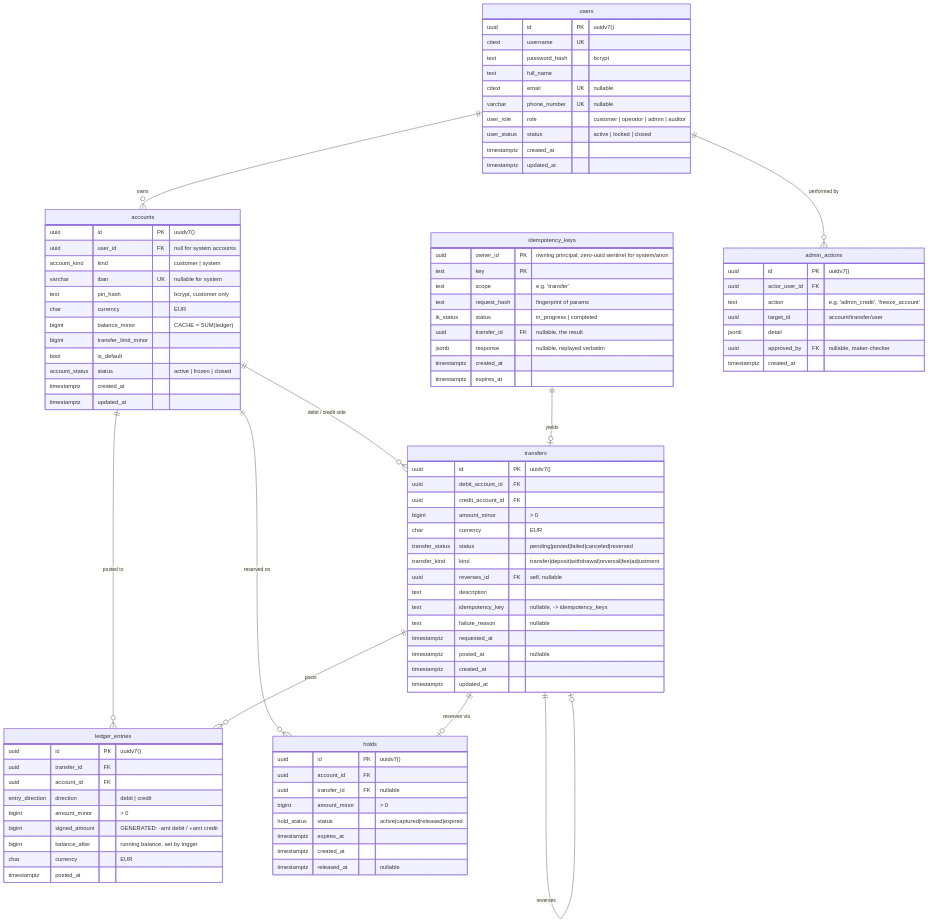
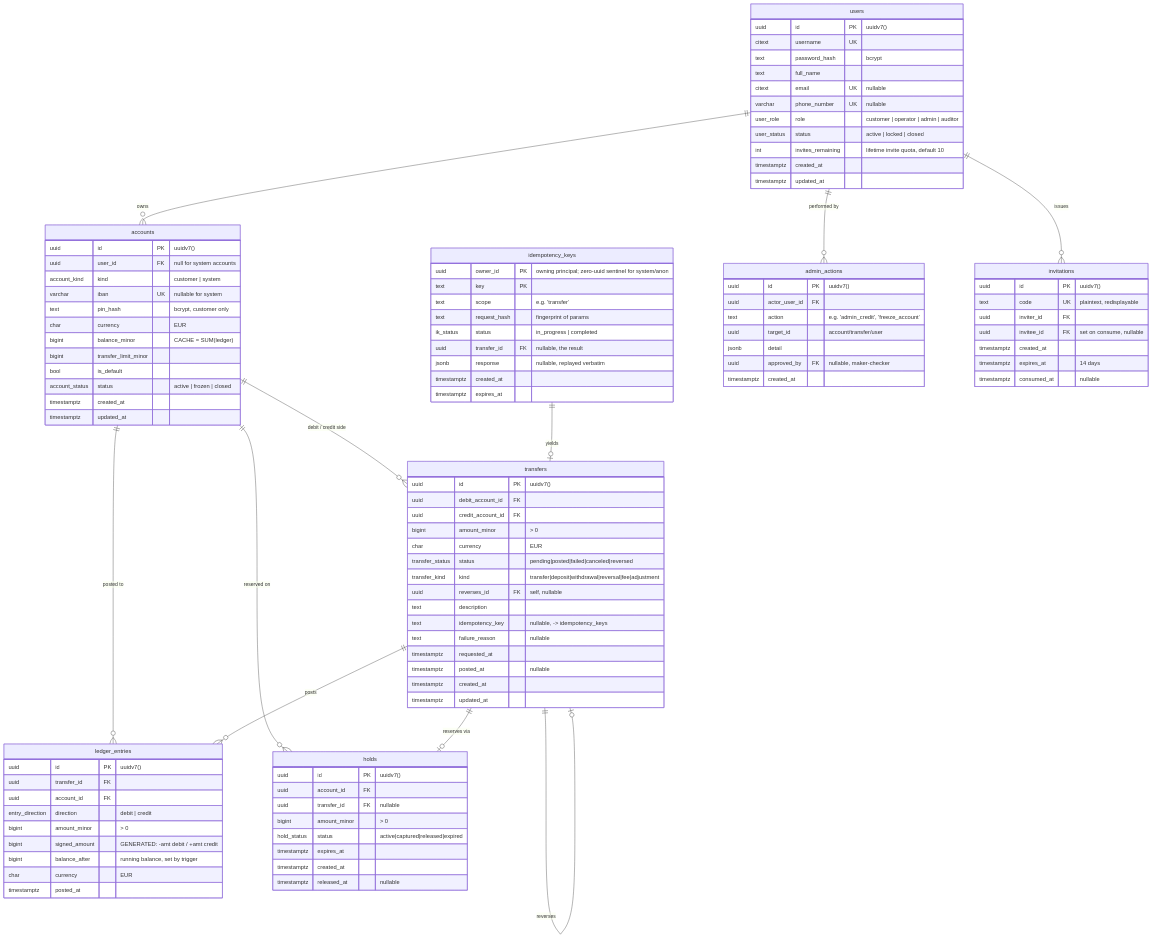
One commit to minhtt159/bank0 changed the diagram in docs/02-data-model.md. Above: the diagram before and after it, drawn with Mermaid. The commit also changed other lines of this file and 38 other files, not shown here.

```diff
--- a/docs/02-data-model.md
+++ b/docs/02-data-model.md
@@ -36,6 +36,7 @@
     transfers ||--o| transfers : "reverses"
     idempotency_keys ||--o| transfers : "yields"
     users ||--o{ admin_actions : "performed by"
+    users ||--o{ invitations : "issues"
 
     users {
         uuid id PK "uuidv7()"
@@ -46,8 +47,19 @@
         varchar phone_number UK "nullable"
         user_role role "customer | operator | admin | auditor"
         user_status status "active | locked | closed"
+        int invites_remaining "lifetime invite quota, default 10"
         timestamptz created_at
         timestamptz updated_at
+    }
+
+    invitations {
+        uuid id PK "uuidv7()"
+        text code UK "plaintext, redisplayable"
+        uuid inviter_id FK
+        uuid invitee_id FK "set on consume, nullable"
+        timestamptz created_at
+        timestamptz expires_at "14 days"
+        timestamptz consumed_at "nullable"
     }
 
     accounts {
```
